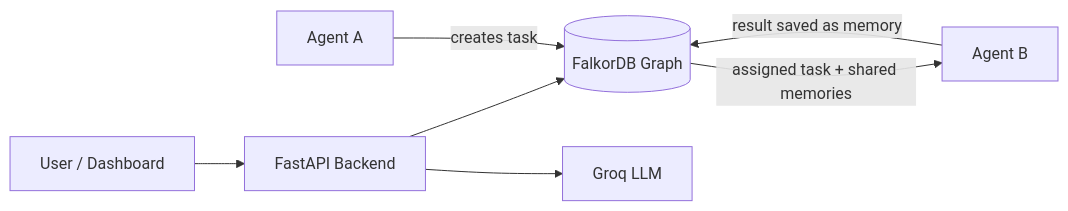
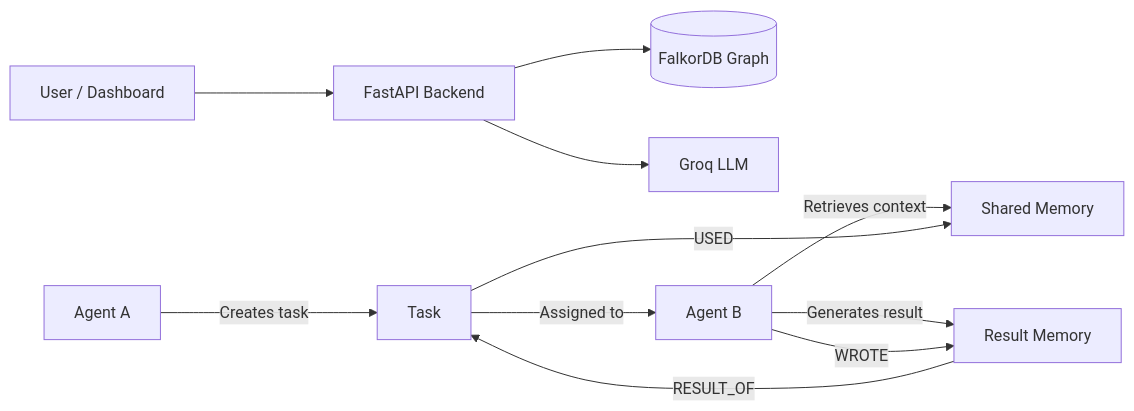
One commit to Shreya-Singh-sys/recall-ai changed the diagram in README.md. Above: the diagram before and after it, drawn with Mermaid. The commit also changed other lines of this file, not shown here.

````diff
--- a/README.md
+++ b/README.md
@@ -35,9 +39,14 @@
 ```mermaid
 flowchart LR
     U[User / Dashboard] --> API[FastAPI Backend]
-    API --> G[(FalkorDB Graph)]
+    API --> DB[(FalkorDB Graph)]
     API --> LLM[Groq LLM]
-    A[Agent A] -->|creates task| G
-    G -->|assigned task + shared memories| B[Agent B]
-    B -->|result saved as memory| G
+
+    A[Agent A] -->|Creates task| T[Task]
+    T -->|Assigned to| B[Agent B]
+    B -->|Retrieves context| M[Shared Memory]
+    B -->|Generates result| R[Result Memory]
+    R -->|RESULT_OF| T
+    B -->|WROTE| R
+    T -->|USED| M
 ```
````
